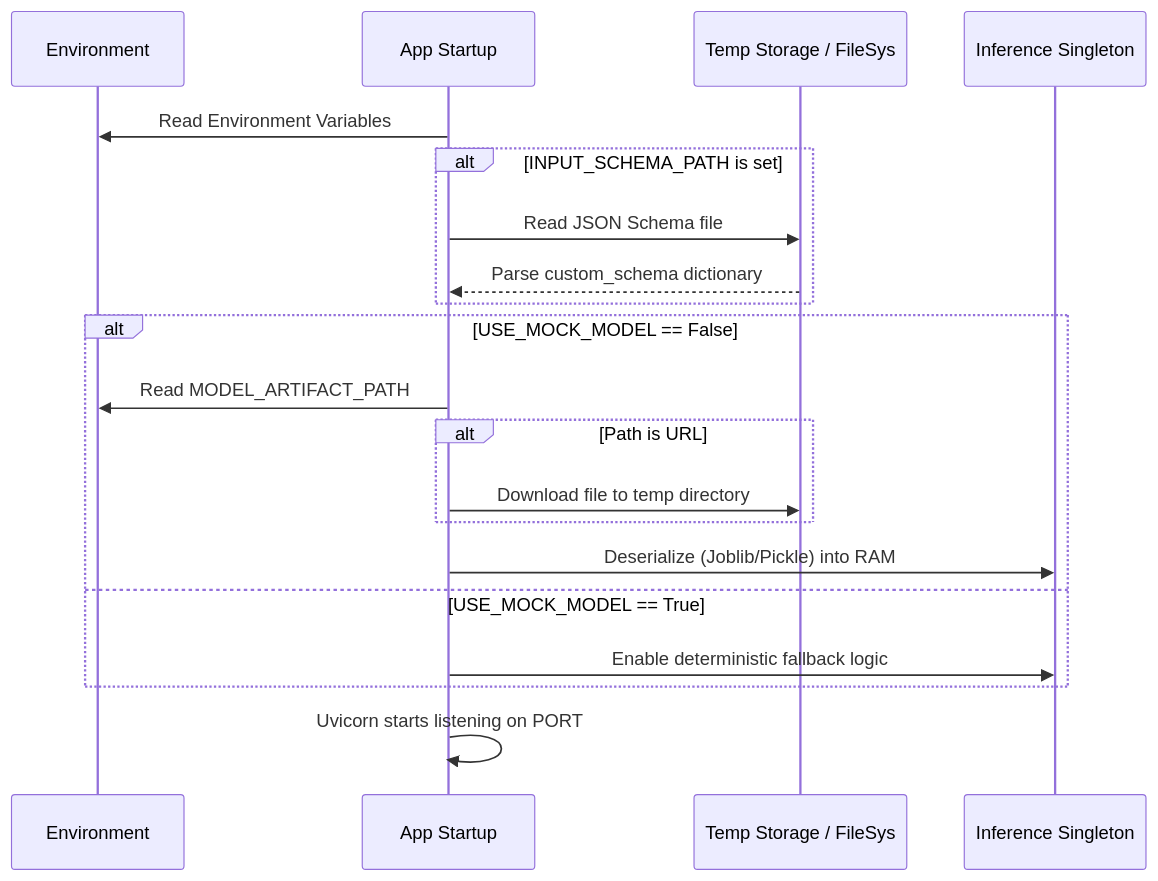
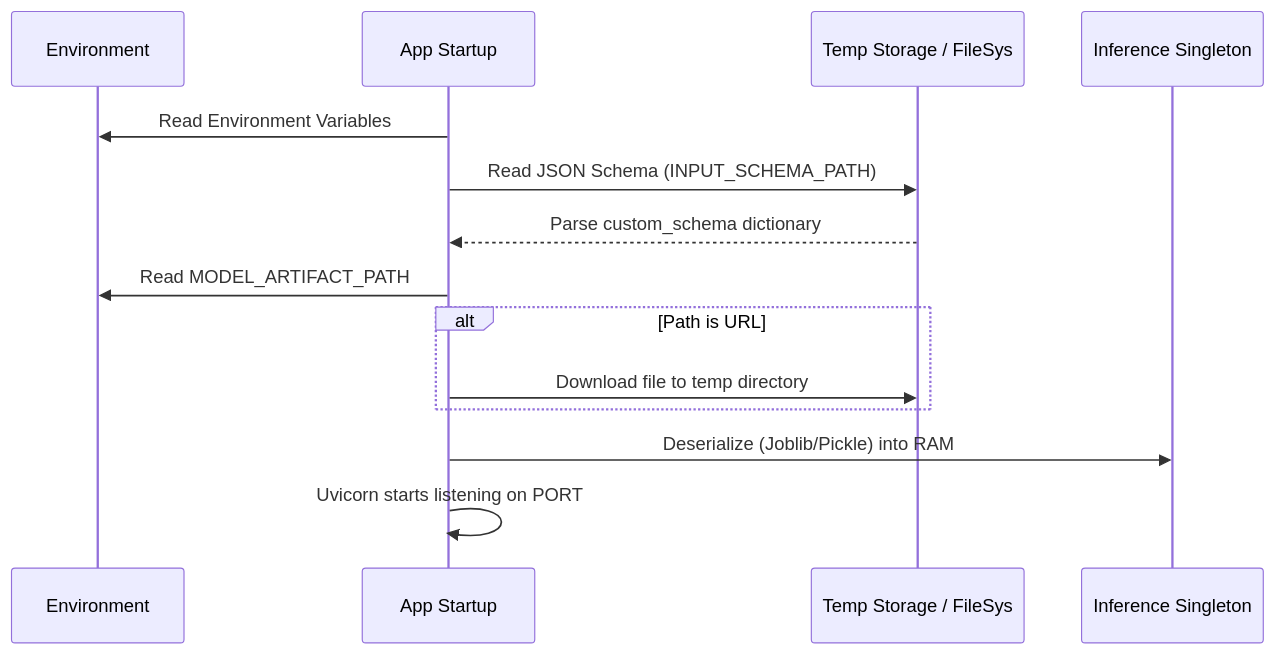
The first of 2 diagrams in docs/architecture/README.md (Bibek-Dhakal/modelgate), drawn with Mermaid before and after one commit. The commit also changed other lines of this file and 2 other files, not shown here.

Commit message:
docs(project): remove all mock references and update architecture diagrams

````diff
--- a/docs/architecture/README.md
+++ b/docs/architecture/README.md
@@ -9,26 +9,20 @@
 ```mermaid
 sequenceDiagram
     participant OS as Environment
     participant Init as App Startup
     participant FileSys as Temp Storage / FileSys
     participant Memory as Inference Singleton
 
     Init->>OS: Read Environment Variables
     
-    alt INPUT_SCHEMA_PATH is set
-        Init->>FileSys: Read JSON Schema file
-        FileSys-->>Init: Parse custom_schema dictionary
+    Init->>FileSys: Read JSON Schema (INPUT_SCHEMA_PATH)
+    FileSys-->>Init: Parse custom_schema dictionary
+
+    Init->>OS: Read MODEL_ARTIFACT_PATH
+    alt Path is URL
+        Init->>FileSys: Download file to temp directory
     end
-
-    alt USE_MOCK_MODEL == False
-        Init->>OS: Read MODEL_ARTIFACT_PATH
-        alt Path is URL
-            Init->>FileSys: Download file to temp directory
-        end
-        Init->>Memory: Deserialize (Joblib/Pickle) into RAM
-    else USE_MOCK_MODEL == True
-        Init->>Memory: Enable deterministic fallback logic
-    end
+    Init->>Memory: Deserialize (Joblib/Pickle) into RAM
     
     Init->>Init: Uvicorn starts listening on PORT
 ```
````
